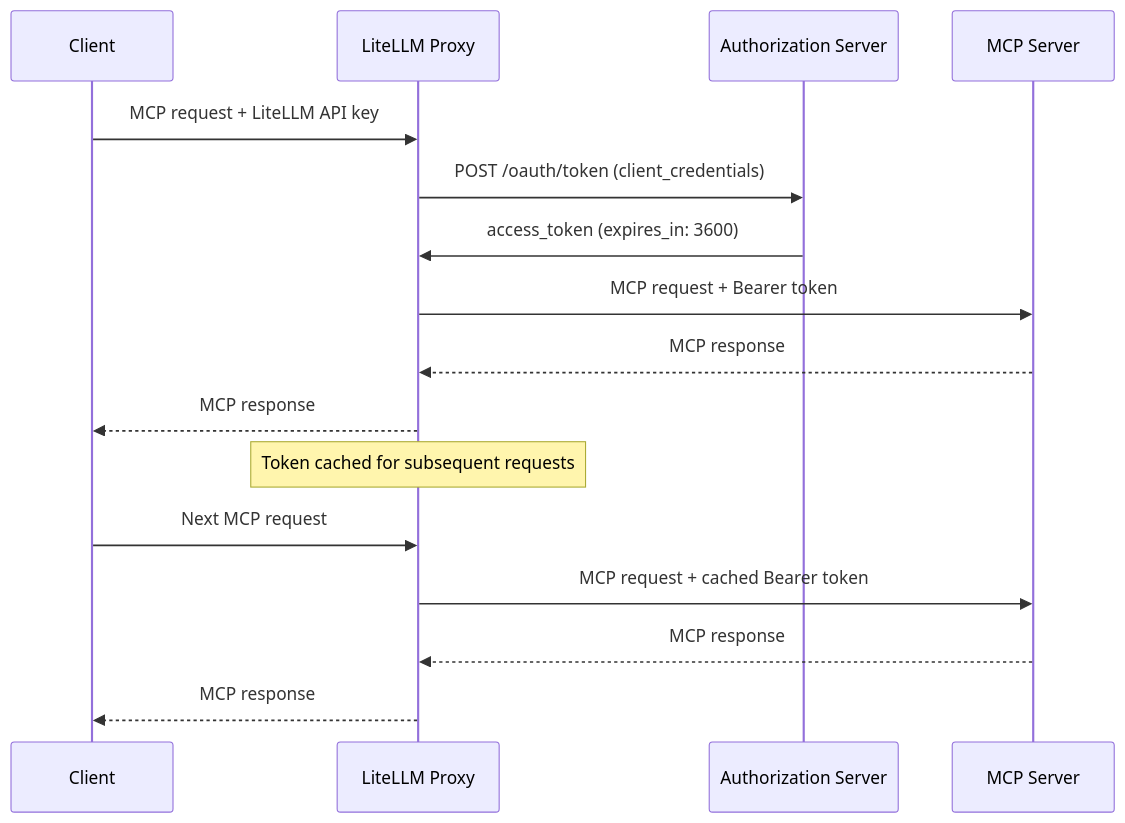
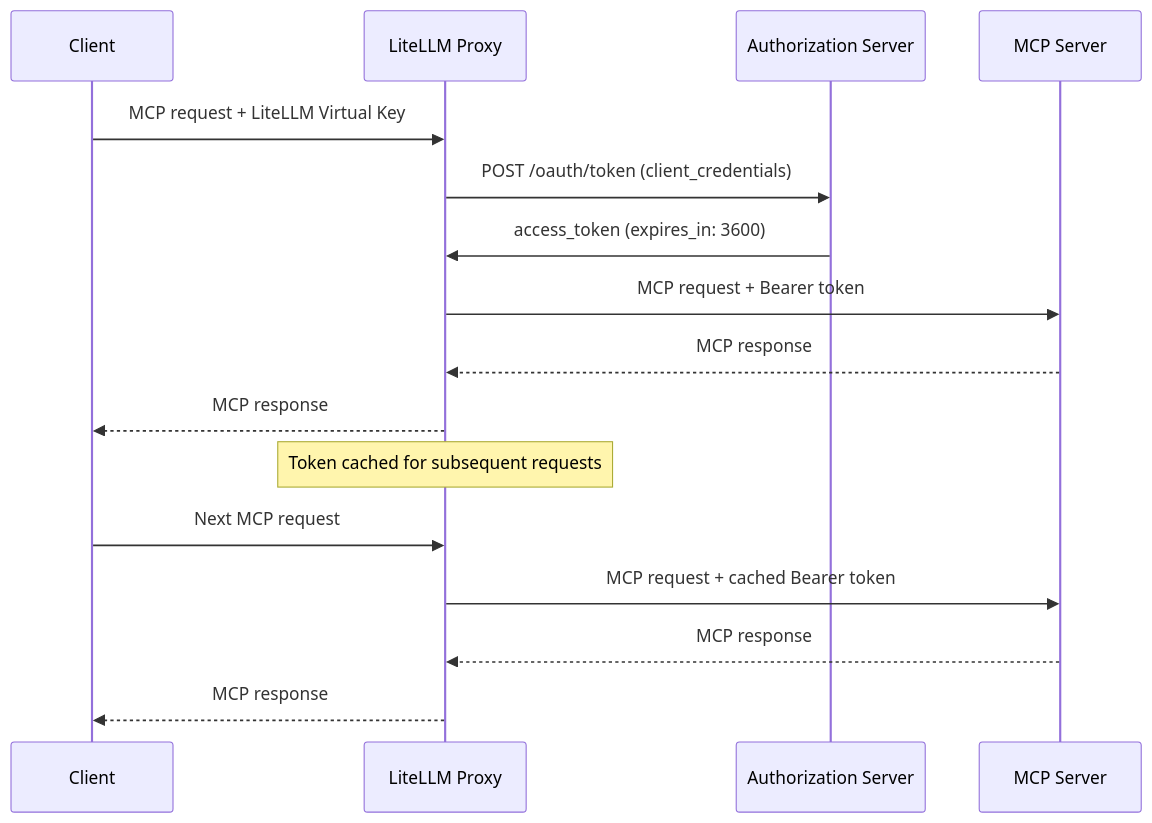
One commit to BerriAI/litellm-docs changed the second of 2 diagrams in docs/mcp_oauth.md. Above: the diagram before and after it, drawn with Mermaid. The commit also changed other lines of this file and 16 other files, not shown here.

````diff
--- a/docs/mcp_oauth.md
+++ b/docs/mcp_oauth.md
@@ -453,20 +458,20 @@
 ```mermaid
 sequenceDiagram
     participant Client as Client
     participant LiteLLM as LiteLLM Proxy
     participant Auth as Authorization Server
     participant MCP as MCP Server
 
-    Client->>LiteLLM: MCP request + LiteLLM API key
+    Client->>LiteLLM: MCP request + LiteLLM Virtual Key
     LiteLLM->>Auth: POST /oauth/token (client_credentials)
     Auth->>LiteLLM: access_token (expires_in: 3600)
     LiteLLM->>MCP: MCP request + Bearer token
     MCP-->>LiteLLM: MCP response
     LiteLLM-->>Client: MCP response
 
     Note over LiteLLM: Token cached for subsequent requests
     Client->>LiteLLM: Next MCP request
     LiteLLM->>MCP: MCP request + cached Bearer token
     MCP-->>LiteLLM: MCP response
     LiteLLM-->>Client: MCP response
 ```
````
